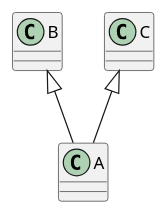
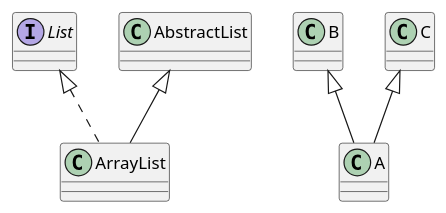
The eighth of 13 diagrams in plugins/plantuml/skills/class-diagram/SKILL.md (studykit/studykit-marketplace), drawn with PlantUML before and after one commit. The commit also changed other lines of this file and 9 other files, not shown here.

First line of the commit message:
refactor: trim PlantUML skill SKILL.md files and extract advanced references

````diff
--- a/plugins/plantuml/skills/class-diagram/SKILL.md
+++ b/plugins/plantuml/skills/class-diagram/SKILL.md
@@ -374,6 +146,8 @@
 ```plantuml
 @startuml
+class ArrayList implements List
+class ArrayList extends AbstractList
 class A extends B, C {
 }
 @enduml
 ```
````
